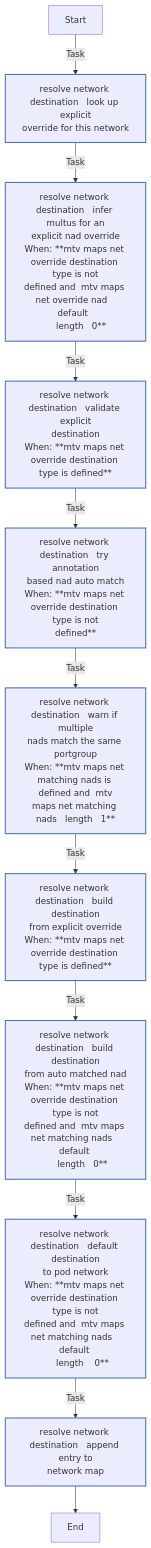
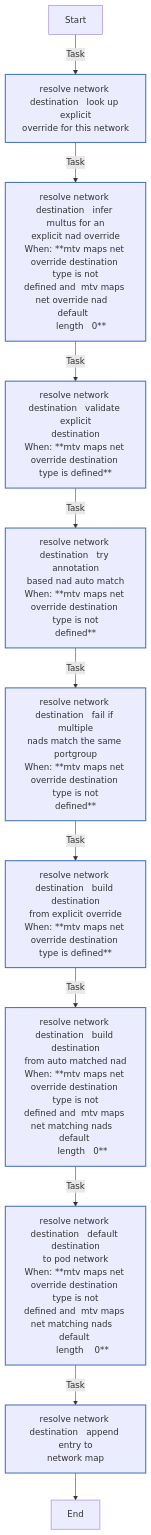
Before and after one commit to redhat-cop/openshift_virtualization_migration: the second of 8 diagrams in roles/mtv_maps/README.md, drawn with Mermaid. The commit also changed other lines of this file and 2 other files, not shown here.

Commit message:
fix(mtv_maps): fail when multiple NADs match the same portgroup
Restore the main branch behavior: when more than one NAD carries the same
source portgroup in its source-portgroup annotation, fail network map
resolution with a message listing the conflicting NADs, instead of
silently using the first match. Users can still resolve the ambiguity
explicitly through mtv_maps_network_map_overrides.

````diff
--- a/roles/mtv_maps/README.md
+++ b/roles/mtv_maps/README.md
@@ -377,23 +377,23 @@
 ```mermaid
 flowchart TD
 Start
 classDef block stroke:#3498db,stroke-width:2px;
 classDef task stroke:#4b76bb,stroke-width:2px;
 classDef includeTasks stroke:#16a085,stroke-width:2px;
 classDef importTasks stroke:#34495e,stroke-width:2px;
 classDef includeRole stroke:#2980b9,stroke-width:2px;
 classDef importRole stroke:#699ba7,stroke-width:2px;
 classDef includeVars stroke:#8e44ad,stroke-width:2px;
 classDef rescue stroke:#665352,stroke-width:2px;
 
   Start-->|Task| _resolve_network_destination___Look_up_explicit_override_for_this_network0[ resolve network destination   look up explicit<br>override for this network]:::task
   _resolve_network_destination___Look_up_explicit_override_for_this_network0-->|Task| _resolve_network_destination___Infer_multus_for_an_explicit_NAD_override1[ resolve network destination   infer multus for an<br>explicit nad override<br>When: **mtv maps net override destination type is not<br>defined and  mtv maps net override nad   default  <br>    length   0**]:::task
   _resolve_network_destination___Infer_multus_for_an_explicit_NAD_override1-->|Task| _resolve_network_destination___Validate_explicit_destination2[ resolve network destination   validate explicit<br>destination<br>When: **mtv maps net override destination type is defined**]:::task
   _resolve_network_destination___Validate_explicit_destination2-->|Task| _resolve_network_destination___Try_annotation_based_NAD_auto_match3[ resolve network destination   try annotation<br>based nad auto match<br>When: **mtv maps net override destination type is not<br>defined**]:::task
-  _resolve_network_destination___Try_annotation_based_NAD_auto_match3-->|Task| _resolve_network_destination___Warn_if_multiple_NADs_match_the_same_portgroup4[ resolve network destination   warn if multiple<br>nads match the same portgroup<br>When: **mtv maps net matching nads is defined and  mtv<br>maps net matching nads   length   1**]:::task
-  _resolve_network_destination___Warn_if_multiple_NADs_match_the_same_portgroup4-->|Task| _resolve_network_destination___Build_destination_from_explicit_override5[ resolve network destination   build destination<br>from explicit override<br>When: **mtv maps net override destination type is defined**]:::task
+  _resolve_network_destination___Try_annotation_based_NAD_auto_match3-->|Task| _resolve_network_destination___Fail_if_multiple_NADs_match_the_same_portgroup4[ resolve network destination   fail if multiple<br>nads match the same portgroup<br>When: **mtv maps net override destination type is not<br>defined**]:::task
+  _resolve_network_destination___Fail_if_multiple_NADs_match_the_same_portgroup4-->|Task| _resolve_network_destination___Build_destination_from_explicit_override5[ resolve network destination   build destination<br>from explicit override<br>When: **mtv maps net override destination type is defined**]:::task
   _resolve_network_destination___Build_destination_from_explicit_override5-->|Task| _resolve_network_destination___Build_destination_from_auto_matched_NAD6[ resolve network destination   build destination<br>from auto matched nad<br>When: **mtv maps net override destination type is not<br>defined and  mtv maps net matching nads   default <br>     length   0**]:::task
   _resolve_network_destination___Build_destination_from_auto_matched_NAD6-->|Task| _resolve_network_destination___Default_destination_to_pod_network7[ resolve network destination   default destination<br>to pod network<br>When: **mtv maps net override destination type is not<br>defined and  mtv maps net matching nads   default <br>     length    0**]:::task
   _resolve_network_destination___Default_destination_to_pod_network7-->|Task| _resolve_network_destination___Append_entry_to_network_map8[ resolve network destination   append entry to<br>network map]:::task
   _resolve_network_destination___Append_entry_to_network_map8-->End
 ```
````
